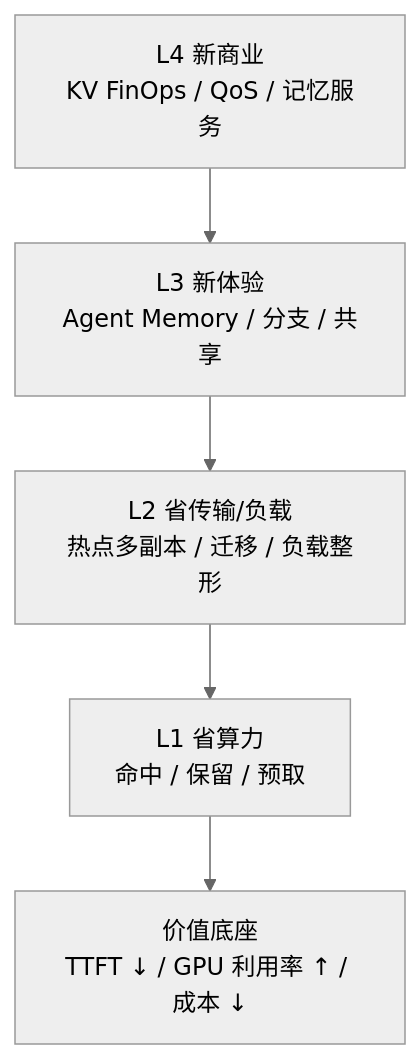
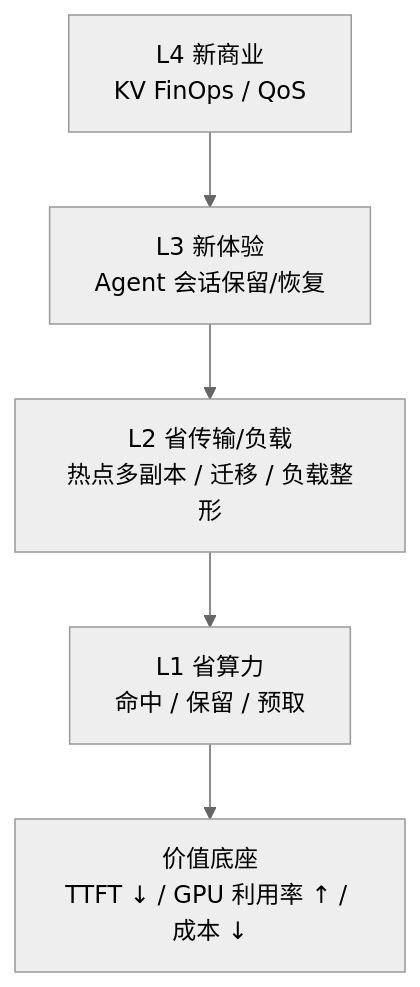
One commit to 5x8-40/lake changed the first of 2 diagrams in kvcm/design/D10-kv-fabric-roadmap.md. Above: the diagram before and after it, drawn with Mermaid (neutral theme). The commit also changed other lines of this file and 2 other files, not shown here.

````diff
--- a/kvcm/design/D10-kv-fabric-roadmap.md
+++ b/kvcm/design/D10-kv-fabric-roadmap.md
@@ -219,7 +153,7 @@
 ```mermaid
 flowchart TB
-    L4["L4 新商业<br/>KV FinOps / QoS / 记忆服务"] --> L3["L3 新体验<br/>Agent Memory / 分支 / 共享"]
+    L4["L4 新商业<br/>KV FinOps / QoS"] --> L3["L3 新体验<br/>Agent 会话保留/恢复"]
     L3 --> L2["L2 省传输/负载<br/>热点多副本 / 迁移 / 负载整形"]
     L2 --> L1["L1 省算力<br/>命中 / 保留 / 预取"]
     L1 --> V["价值底座<br/>TTFT ↓ / GPU 利用率 ↑ / 成本 ↓"]
 ```
````
